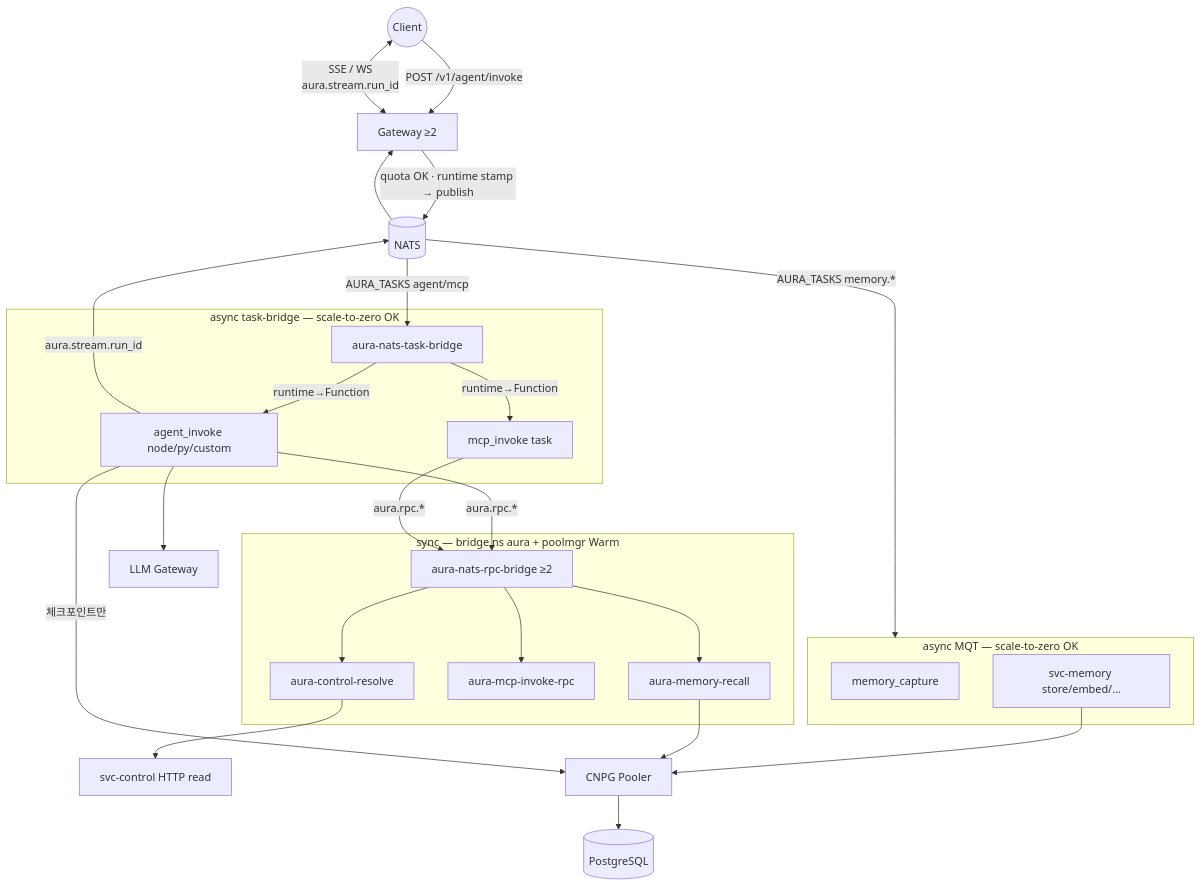
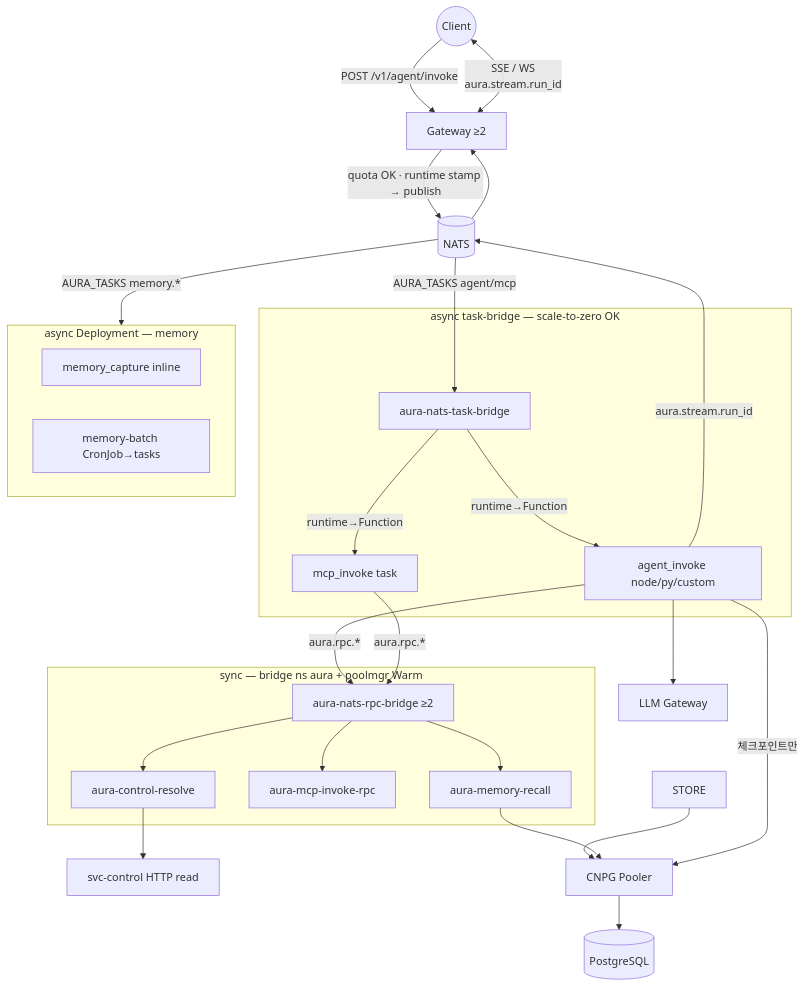
Before and after one commit to yoosungung/aura: the second of 7 diagrams in MESSAGE-FLOW.md, drawn with Mermaid. The commit also changed other lines of this file and 255 other files, not shown here.

````diff
--- a/MESSAGE-FLOW.md
+++ b/MESSAGE-FLOW.md
@@ -54,46 +54,46 @@
 ```mermaid
 flowchart TB
   Client((Client))
 
   Client -->|"POST /v1/agent/invoke"| GW[Gateway ≥2]
   Client <-->|"SSE / WS<br/>aura.stream.run_id"| GW
 
   GW -->|"quota OK · runtime stamp → publish"| NATS[(NATS)]
 
   subgraph taskBridge["async task-bridge — scale-to-zero OK"]
     TB[aura-nats-task-bridge]
     AI[agent_invoke node/py/custom]
     MCP_T[mcp_invoke task]
   end
 
-  subgraph mqt["async MQT — scale-to-zero OK"]
-    CAP[memory_capture]
-    STORE[svc-memory store/embed/…]
+  subgraph mqt["async Deployment — memory"]
+    CAP[memory_capture inline]
+    BATCH[memory-batch CronJob→tasks]
   end
 
   subgraph sync["sync — bridge ns aura + poolmgr Warm"]
     BR[aura-nats-rpc-bridge ≥2]
     RECALL[aura-memory-recall]
     MCP_R[aura-mcp-invoke-rpc]
     RESOLVE[aura-control-resolve]
   end
 
   NATS -->|"AURA_TASKS agent/mcp"| TB
   TB -->|runtime→Function| AI
   TB -->|runtime→Function| MCP_T
   NATS -->|"AURA_TASKS memory.*"| mqt
   AI -->|"aura.rpc.*"| BR
   MCP_T -->|"aura.rpc.*"| BR
   BR --> RECALL
   BR --> MCP_R
   BR --> RESOLVE
   AI -->|"aura.stream.run_id"| NATS
   NATS --> GW
 
   RESOLVE --> CTRL[svc-control HTTP read]
   STORE --> POOLER[CNPG Pooler]
   RECALL --> POOLER
   POOLER --> PG[(PostgreSQL)]
   AI -->|"체크포인트만"| POOLER
   AI --> LLM[LLM Gateway]
 ```
````
